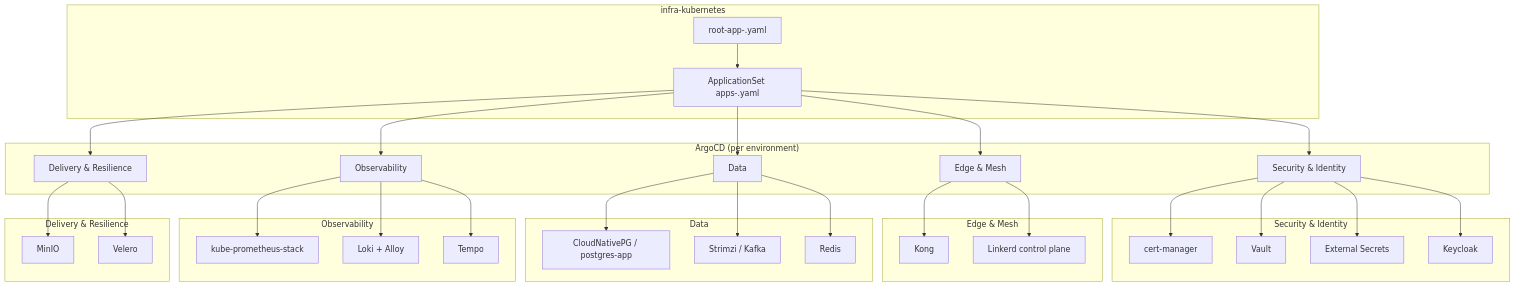
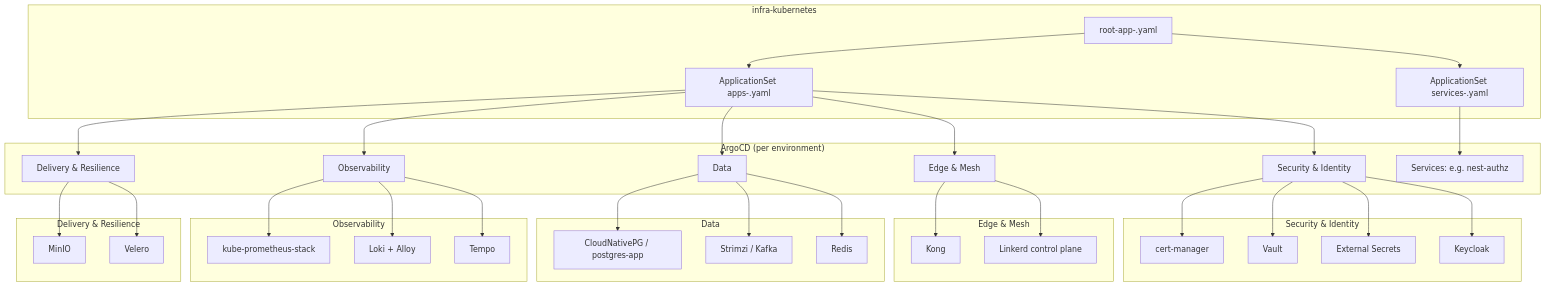
One commit to sca-templates/infra-kubernetes changed the first of 3 diagrams in docs/architecture.md. Above: the diagram before and after it, drawn with Mermaid. The commit also changed other lines of this file and 13 other files, not shown here.

````diff
--- a/docs/architecture.md
+++ b/docs/architecture.md
@@ -26,37 +37,39 @@
 ```mermaid
 graph TD
     subgraph Git["infra-kubernetes"]
         A["root-app-<env>.yaml"] --> B["ApplicationSet apps-<env>.yaml"]
+        A --> S["ApplicationSet services-<env>.yaml"]
     end
     subgraph ArgoCD["ArgoCD (per environment)"]
         B --> C[Security & Identity]
         B --> D[Edge & Mesh]
         B --> E[Data]
         B --> F[Observability]
         B --> G[Delivery & Resilience]
+        S --> SR[Services: e.g. nest-authz]
     end
     subgraph Security["Security & Identity"]
         C --> C1[cert-manager]
         C --> C2[Vault]
         C --> C3[External Secrets]
         C --> C4[Keycloak]
     end
     subgraph Edge["Edge & Mesh"]
         D --> D1[Kong]
         D --> D2[Linkerd control plane]
     end
     subgraph Data["Data"]
         E --> E1[CloudNativePG / postgres-app]
         E --> E2[Strimzi / Kafka]
         E --> E3[Redis]
     end
     subgraph Obs["Observability"]
         F --> F1[kube-prometheus-stack]
         F --> F2[Loki + Alloy]
         F --> F3[Tempo]
     end
     subgraph Delivery["Delivery & Resilience"]
         G --> G1[MinIO]
         G --> G2[Velero]
     end
 ```
````
